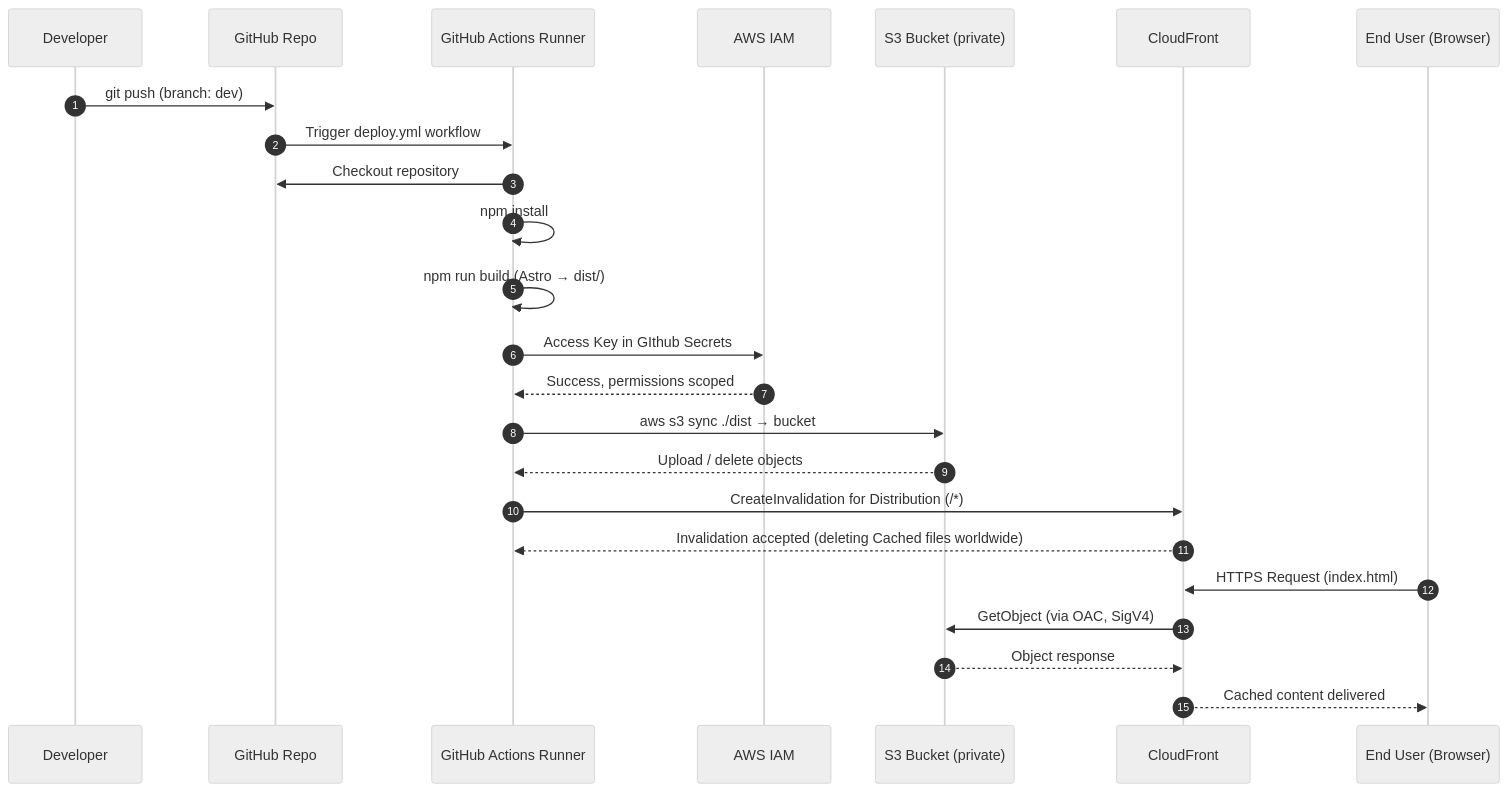
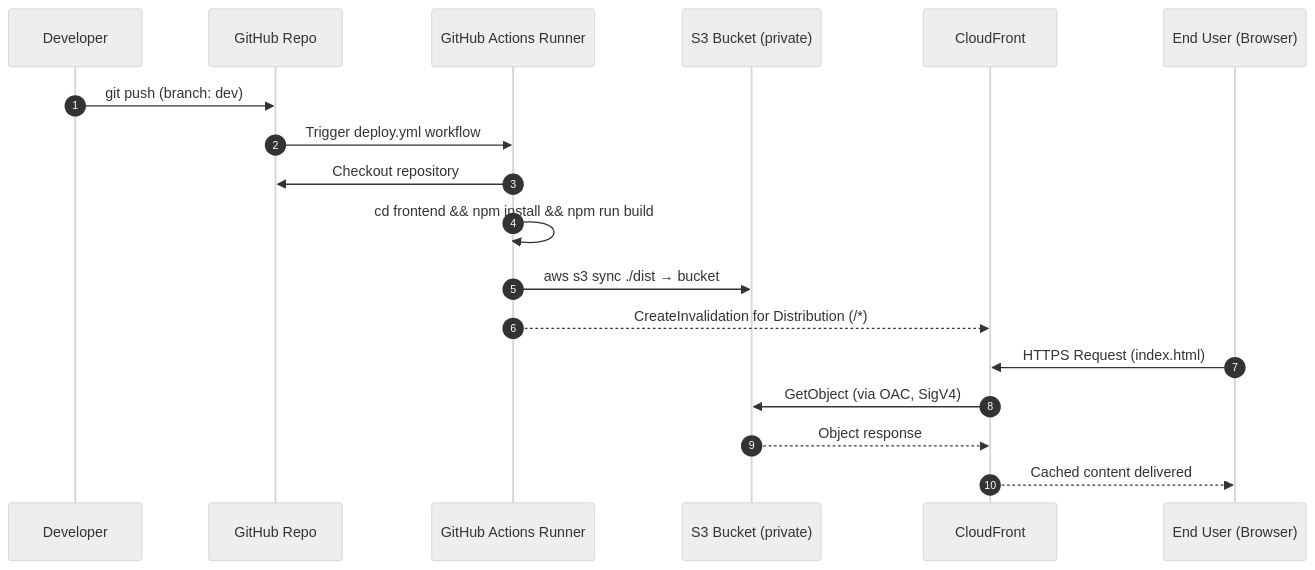
Before and after one commit to Codingschule/aws-astro-headless-cms-deployment: the second of 2 diagrams in README.md, drawn with Mermaid (neutral theme). The commit also changed other lines of this file, not shown here.

Commit message:
readme WIP

````diff
--- a/README.md
+++ b/README.md
@@ -126,41 +126,34 @@
 ```mermaid
 sequenceDiagram
     autonumber
 
     participant Dev as Developer
     participant GH as GitHub Repo
     participant GHA as GitHub Actions Runner
-    participant IAM as AWS IAM
     participant S3 as S3 Bucket (private)
     participant CF as CloudFront
     participant User as End User (Browser)
 
     %% Code Push
     Dev->>GH: git push (branch: dev)
 
     %% CI Trigger
     GH->>GHA: Trigger deploy.yml workflow
 
     %% Build Phase
     GHA->>GH: Checkout repository
-    GHA->>GHA: npm install
-    GHA->>GHA: npm run build (Astro → dist/)
+    GHA->>GHA: cd frontend && npm install && npm run build
 
-    %% Auth Phase
-    GHA->>IAM: Access Key in GIthub Secrets 
-    IAM-->>GHA: Success, permissions scoped
 
     %% Deploy Phase
     GHA->>S3: aws s3 sync ./dist → bucket
-    S3-->>GHA: Upload / delete objects
 
     %% Invalidation
-    GHA->>CF: CreateInvalidation for Distribution (/*)
-    CF-->>GHA: Invalidation accepted (deleting Cached files worldwide)
+    GHA-->>CF: CreateInvalidation for Distribution (/*)
 
     %% Runtime Access
     User->>CF: HTTPS Request (index.html)
     CF->>S3: GetObject (via OAC, SigV4)
     S3-->>CF: Object response
     CF-->>User: Cached content delivered
 ```
````
